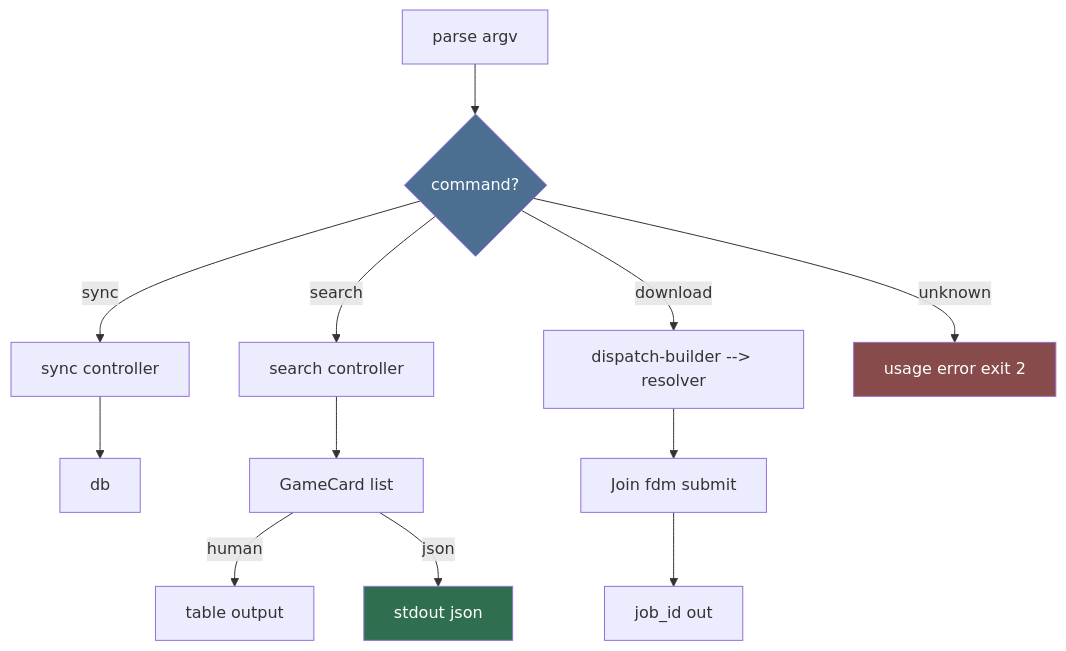
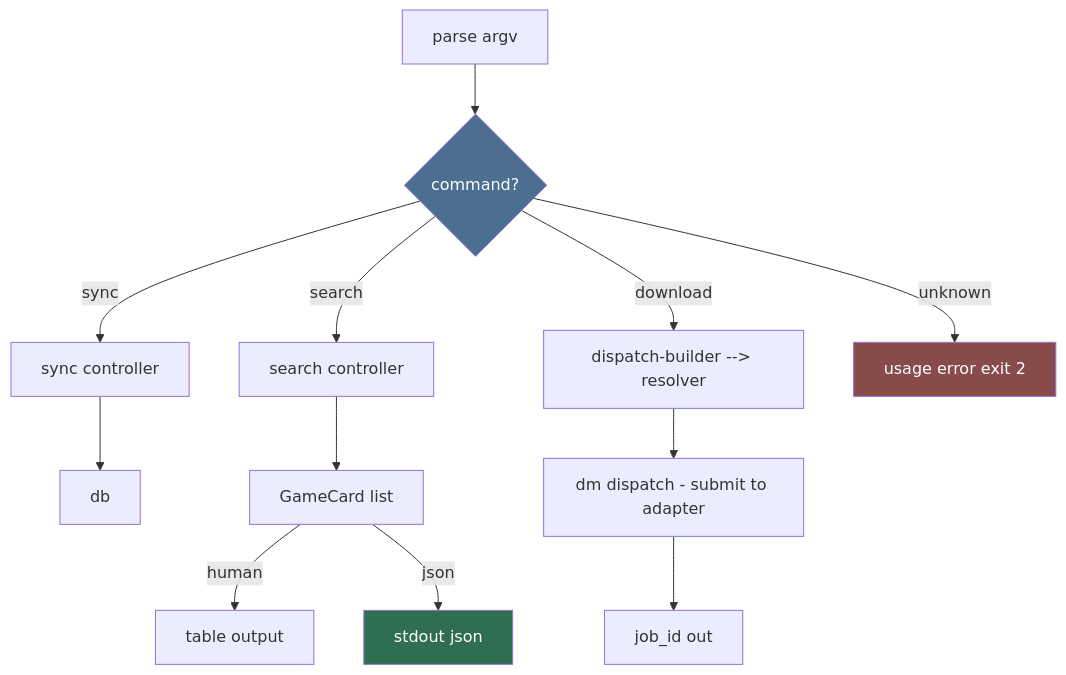
Before and after one commit to HELIX-Origin/LewdZone-Launcher: the diagram in .agents/agents/cli/command-designer/command-designer.md, drawn with Mermaid. The commit also changed other lines of this file and 217 other files, not shown here.

````diff
--- a/.agents/agents/cli/command-designer/command-designer.md
+++ b/.agents/agents/cli/command-designer/command-designer.md
@@ -30,17 +30,17 @@
 ```mermaid
 flowchart TD
     A[parse argv] --> B{command?}
     B -- sync --> C[sync controller] --> D["db"]
     B -- search --> E[search controller]
     E --> F[GameCard list]
     F -- human --> G[table output]
     F -- json --> H[stdout json]
     B -- download --> I["dispatch-builder --> resolver"]
-    I --> J[Join fdm submit]
+    I --> J[dm dispatch - submit to adapter]
     J --> K[job_id out]
     B -- unknown --> L[usage error exit 2]
 
     style B fill:#4b6e91,color:#fff
     style H fill:#2f6f4f,color:#fff
     style L fill:#874b4b,color:#fff
 ```
````
